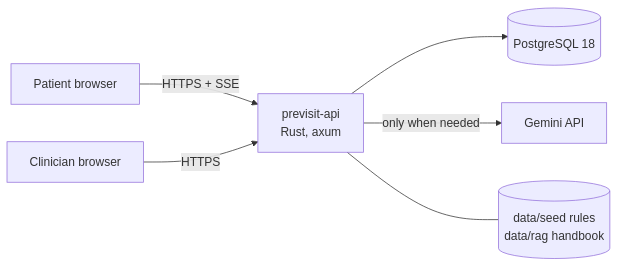
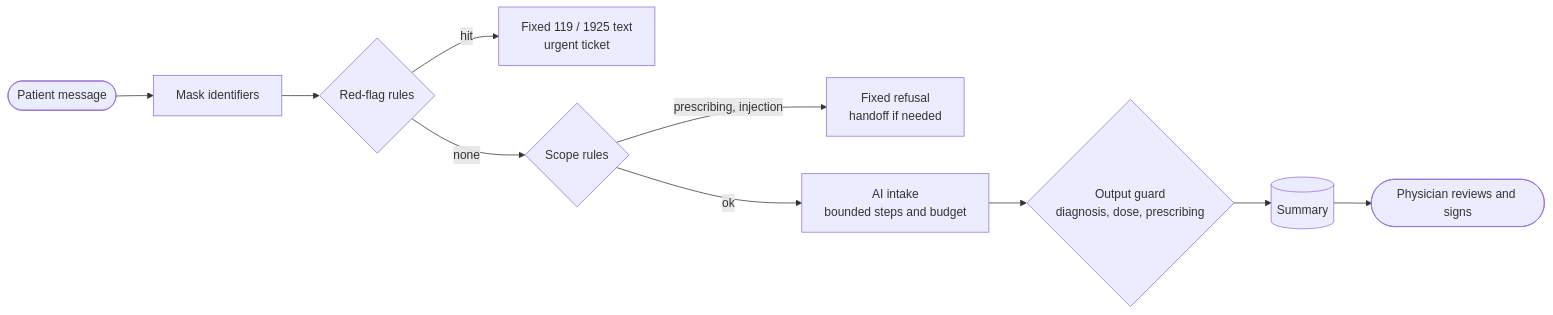
The diagram in README.md (naritaroad/previsit-desk), drawn with Mermaid before and after one commit. The commit also changed other lines of this file and 30 other files, not shown here.

````diff
--- a/README.md
+++ b/README.md
@@ -87,8 +89,10 @@
 ```mermaid
 flowchart LR
-  P[Patient browser] -- HTTPS + SSE --> API
-  C[Clinician browser] -- HTTPS --> API
-  API[previsit-api<br/>Rust, axum] --> DB[(PostgreSQL 18)]
-  API -- only when needed --> G[Gemini API]
-  API --- D[(data/seed rules<br/>data/rag handbook)]
+  P([Patient message]) --> M[Mask identifiers] --> R{Red-flag rules}
+  R -- hit --> E[Fixed 119 / 1925 text<br/>urgent ticket]
+  R -- none --> S{Scope rules}
+  S -- prescribing, injection --> X[Fixed refusal<br/>handoff if needed]
+  S -- ok --> A[AI intake<br/>bounded steps and budget]
+  A --> G{Output guard<br/>diagnosis, dose, prescribing}
+  G --> D[(Summary)] --> C([Physician reviews and signs])
 ```
````
